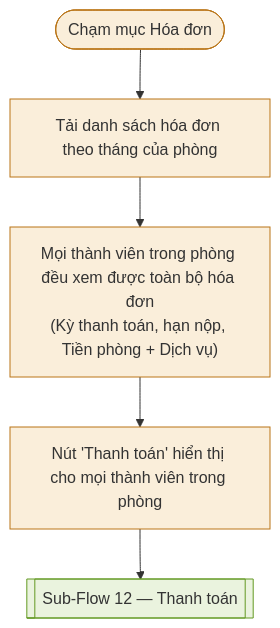
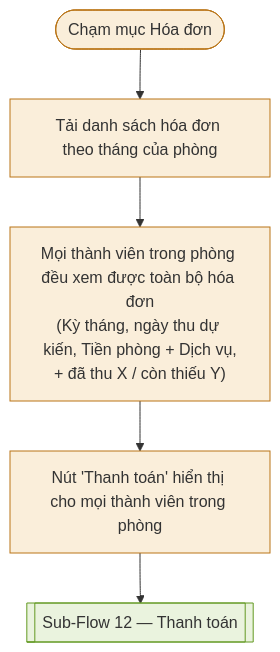
Before and after one commit to pbl6-home-renter/docs: diagram 12 of 17 in phase-1/discovery/user_flow/tenant-user-flow.md, drawn with Mermaid. The commit also changed other lines of this file and 16 other files, not shown here.

````diff
--- a/phase-1/discovery/user_flow/tenant-user-flow.md
+++ b/phase-1/discovery/user_flow/tenant-user-flow.md
@@ -267,13 +267,13 @@
 ```mermaid
 flowchart TD
     Start(["Chạm mục Hóa đơn"]) --> LoadInvoice["Tải danh sách hóa đơn theo tháng của phòng"]
-    LoadInvoice --> ViewInvoice["Mọi thành viên trong phòng đều xem được toàn bộ hóa đơn\n(Kỳ thanh toán, hạn nộp, Tiền phòng + Dịch vụ)"]
+    LoadInvoice --> ViewInvoice["Mọi thành viên trong phòng đều xem được toàn bộ hóa đơn\n(Kỳ tháng, ngày thu dự kiến, Tiền phòng + Dịch vụ,\n+ đã thu X / còn thiếu Y)"]
     ViewInvoice --> ActionPay["Nút 'Thanh toán' hiển thị cho mọi thành viên trong phòng"]
     ActionPay --> Pay1[["Sub-Flow 12 — Thanh toán"]]
 
     style Start fill:#faeeda,stroke:#ba7517
     style LoadInvoice fill:#faeeda,stroke:#ba7517
     style ViewInvoice fill:#faeeda,stroke:#ba7517
     style ActionPay fill:#faeeda,stroke:#ba7517
     style Pay1 fill:#eaf3de,stroke:#639922
 ```
````
